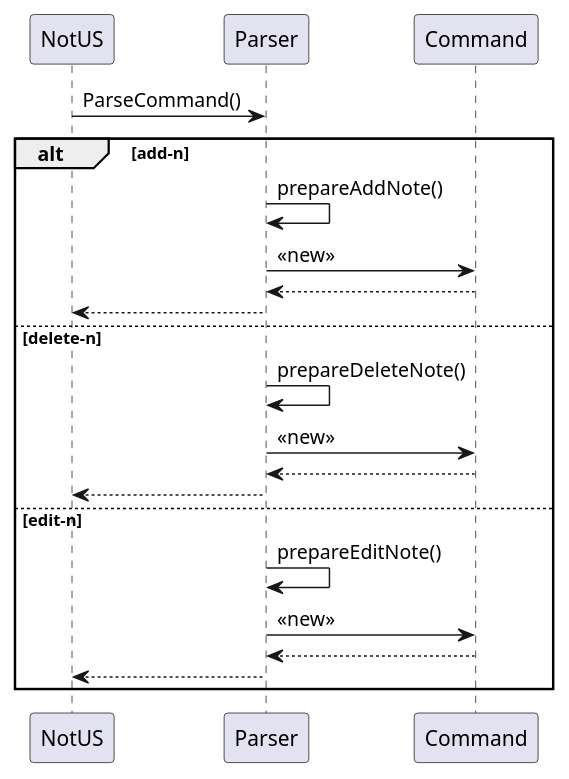
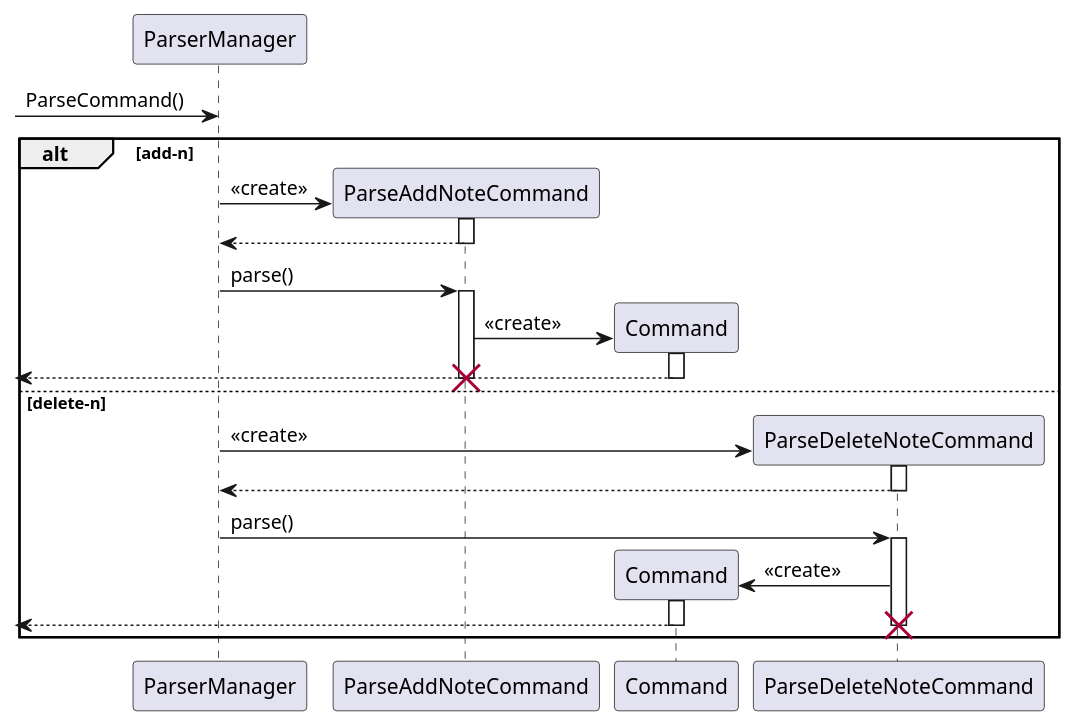
The first of 2 diagrams in docs/diagrams/Parser.puml (nus-cs2113-AY2021S1/tp), drawn with PlantUML before and after one commit. The commit also changed other lines of this file and 17 other files, not shown here.

```diff
--- a/docs/diagrams/Parser.puml
+++ b/docs/diagrams/Parser.puml
@@ -1,21 +1,48 @@
 @startuml
-NotUS -> Parser: ParseCommand()
+-> ParserManager: ParseCommand()
 
 alt add-n
-Parser -> Parser: prepareAddNote()
-Parser -> Command: <<new>>
-Parser <-- Command
-NotUS <-- Parser
+create ParseAddNoteCommand
+ParserManager -> ParseAddNoteCommand: <<create>>
+
+activate ParseAddNoteCommand
+ParserManager <-- ParseAddNoteCommand
+deactivate ParseAddNoteCommand
+
+ParserManager -> ParseAddNoteCommand: parse()
+
+activate ParseAddNoteCommand
+create Command
+ParseAddNoteCommand -> Command: <<create>>
+
+activate Command
+<-- Command:
+deactivate Command
+
+deactivate ParseAddNoteCommand
+destroy ParseAddNoteCommand
+
 else delete-n
-Parser -> Parser: prepareDeleteNote()
-Parser -> Command: <<new>>
-Parser <-- Command
-NotUS <-- Parser
-else edit-n
-Parser -> Parser: prepareEditNote()
-Parser -> Command: <<new>>
-Parser <-- Command
-NotUS <-- Parser
+create ParseDeleteNoteCommand
+ParserManager -> ParseDeleteNoteCommand: <<create>>
+
+activate ParseDeleteNoteCommand
+ParserManager <-- ParseDeleteNoteCommand
+deactivate ParseDeleteNoteCommand
+
+ParserManager -> ParseDeleteNoteCommand: parse()
+
+activate ParseDeleteNoteCommand
+create Command
+ParseDeleteNoteCommand -> Command: <<create>>
+
+activate Command
+<-- Command:
+deactivate Command
+
+deactivate ParseDeleteNoteCommand
+destroy ParseDeleteNoteCommand
+
 end
 
 @enduml
```
